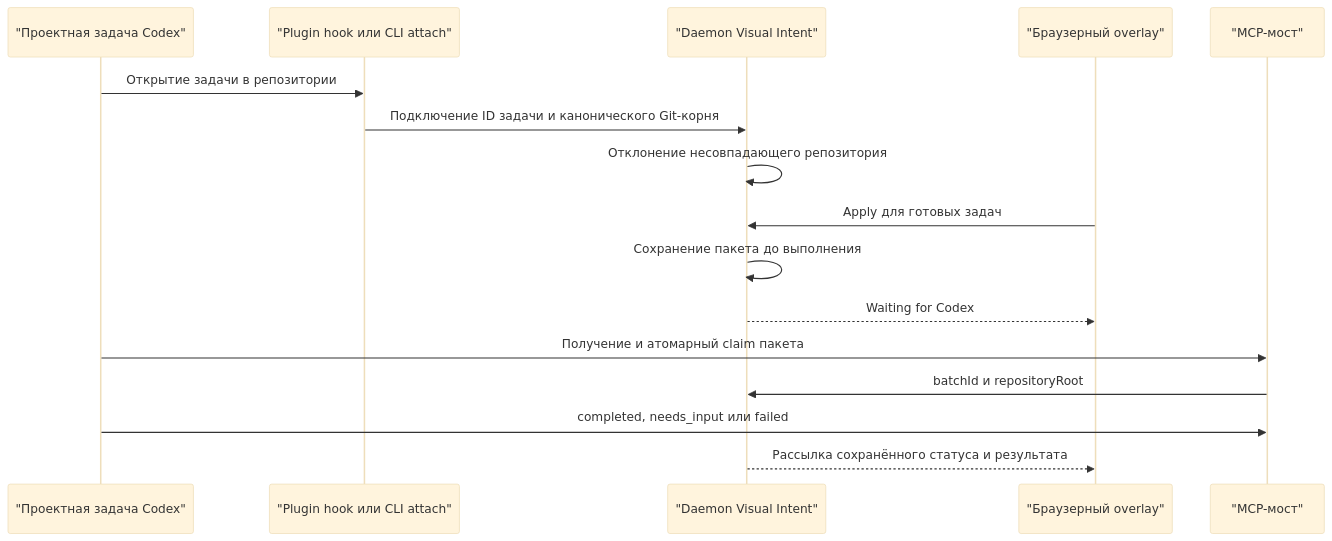
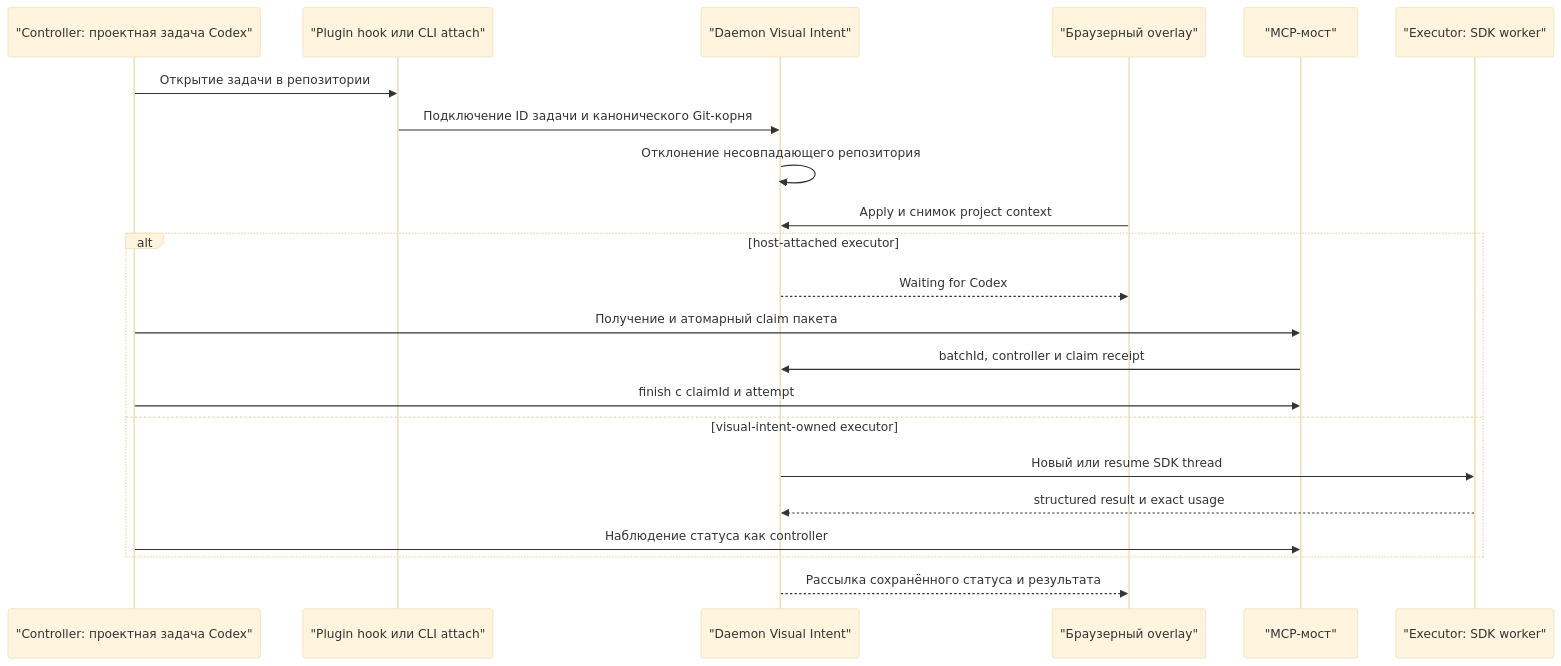
The second of 3 diagrams in docs/ARCHITECTURE.md (PRODactionPRO/visual-intent), drawn with Mermaid (base theme) before and after one commit. The commit also changed other lines of this file and 63 other files, not shown here.

First line of the commit message:
Локальный пилот Visual Intent и безопасный выбор iframe (#3)

````diff
--- a/docs/ARCHITECTURE.md
+++ b/docs/ARCHITECTURE.md
@@ -67,19 +75,25 @@
 ```mermaid
 sequenceDiagram
-  participant Chat as "Проектная задача Codex"
+  participant Chat as "Controller: проектная задача Codex"
   participant Hook as "Plugin hook или CLI attach"
   participant Daemon as "Daemon Visual Intent"
   participant UI as "Браузерный overlay"
   participant MCP as "MCP-мост"
+  participant Worker as "Executor: SDK worker"
 
   Chat->>Hook: Открытие задачи в репозитории
   Hook->>Daemon: Подключение ID задачи и канонического Git-корня
   Daemon->>Daemon: Отклонение несовпадающего репозитория
-  UI->>Daemon: Apply для готовых задач
-  Daemon->>Daemon: Сохранение пакета до выполнения
-  Daemon-->>UI: Waiting for Codex
-  Chat->>MCP: Получение и атомарный claim пакета
-  MCP->>Daemon: batchId и repositoryRoot
-  Chat->>MCP: completed, needs_input или failed
+  UI->>Daemon: Apply и снимок project context
+  alt host-attached executor
+    Daemon-->>UI: Waiting for Codex
+    Chat->>MCP: Получение и атомарный claim пакета
+    MCP->>Daemon: batchId, controller и claim receipt
+    Chat->>MCP: finish с claimId и attempt
+  else visual-intent-owned executor
+    Daemon->>Worker: Новый или resume SDK thread
+    Worker-->>Daemon: structured result и exact usage
+    Chat->>MCP: Наблюдение статуса как controller
+  end
   Daemon-->>UI: Рассылка сохранённого статуса и результата
 ```
````
